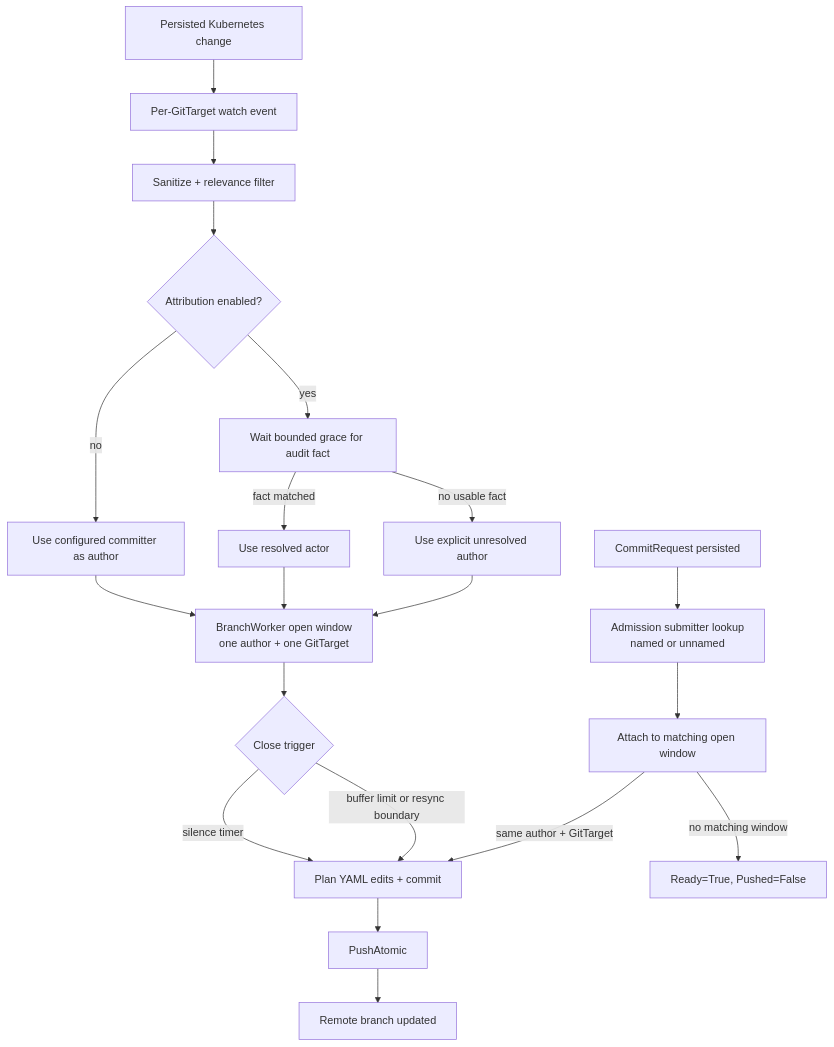
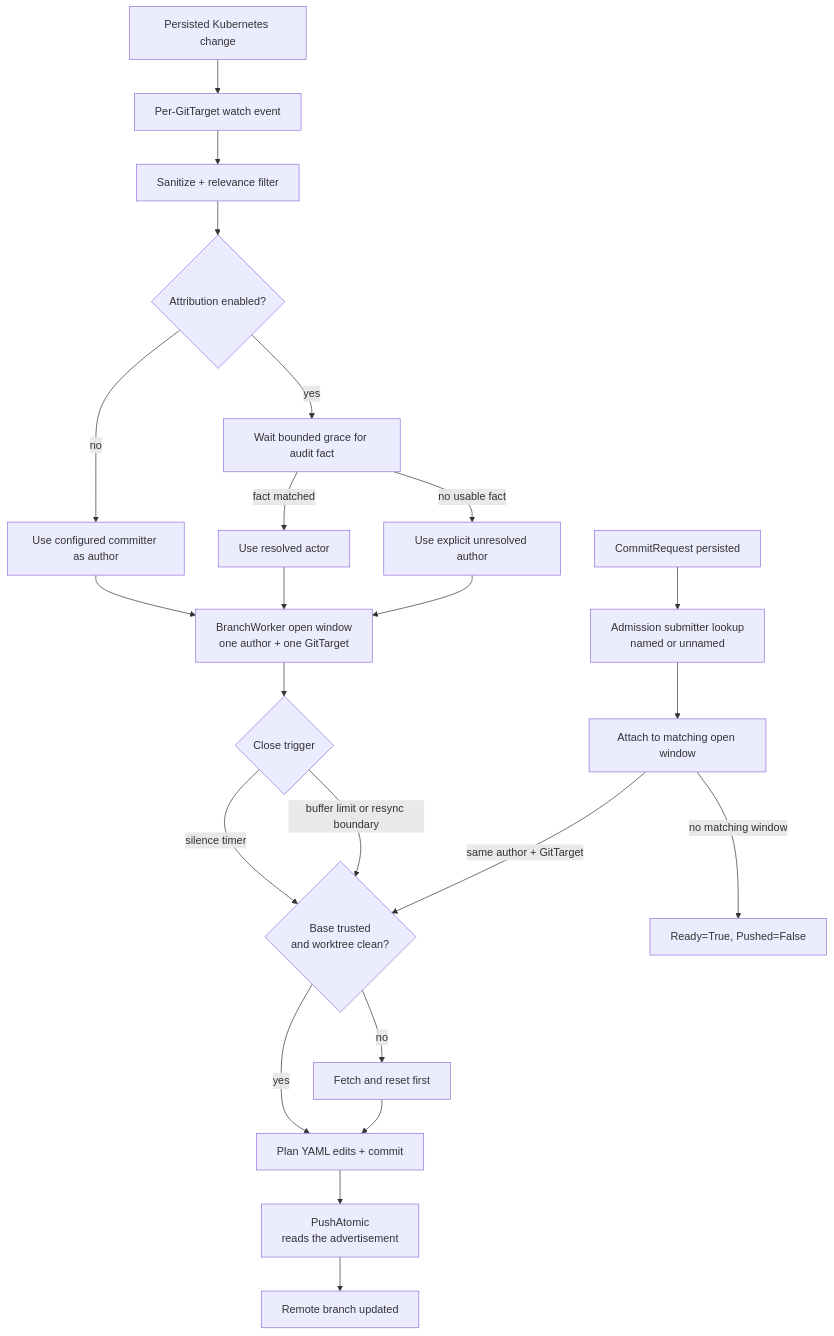
One commit to ConfigButler/gitops-reverser changed the third of 5 diagrams in docs/architecture.md. Above: the diagram before and after it, drawn with Mermaid. The commit also changed other lines of this file and 40 other files, not shown here.

````diff
--- a/docs/architecture.md
+++ b/docs/architecture.md
@@ -481,25 +511,28 @@
 ```mermaid
 flowchart TD
     CHANGE[Persisted Kubernetes change] --> WATCH[Per-GitTarget watch event]
     WATCH --> FILTER[Sanitize + relevance filter]
     FILTER --> AUTHOR{Attribution enabled?}
     AUTHOR -->|yes| AUDIT[Wait bounded grace for audit fact]
     AUTHOR -->|no| COMMITTER[Use configured committer as author]
     AUDIT -->|fact matched| RESOLVED[Use resolved actor]
     AUDIT -->|no usable fact| UNRESOLVED[Use explicit unresolved author]
     COMMITTER --> WINDOW[BranchWorker open window<br/>one author + one GitTarget]
     RESOLVED --> WINDOW
     UNRESOLVED --> WINDOW
 
     WINDOW --> TIMER{Close trigger}
-    TIMER -->|silence timer| FLUSH[Plan YAML edits + commit]
-    TIMER -->|buffer limit or resync boundary| FLUSH
+    TIMER -->|silence timer| BASE
+    TIMER -->|buffer limit or resync boundary| BASE
 
     CR[CommitRequest persisted] --> ADMISSION[Admission submitter lookup<br/>named or unnamed]
     ADMISSION --> ATTACH[Attach to matching open window]
-    ATTACH -->|same author + GitTarget| FLUSH
+    ATTACH -->|same author + GitTarget| BASE
     ATTACH -->|no matching window| BENIGN[Ready=True, Pushed=False]
 
-    FLUSH --> PUSH[PushAtomic]
+    BASE{Base trusted<br/>and worktree clean?} -->|yes| FLUSH
+    BASE -->|no| FETCH[Fetch and reset first]
+    FETCH --> FLUSH[Plan YAML edits + commit]
+    FLUSH --> PUSH[PushAtomic<br/>reads the advertisement]
     PUSH --> DONE[Remote branch updated]
 ```
````
